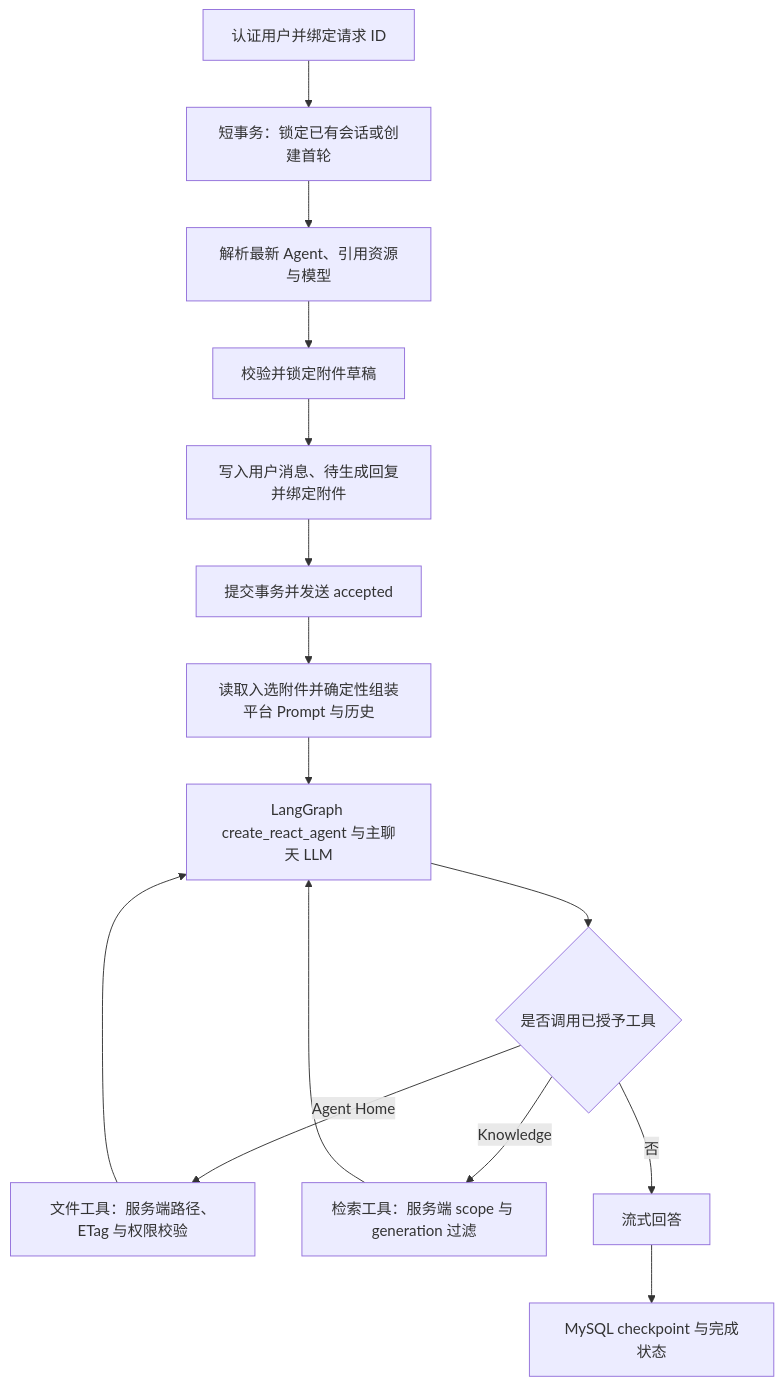
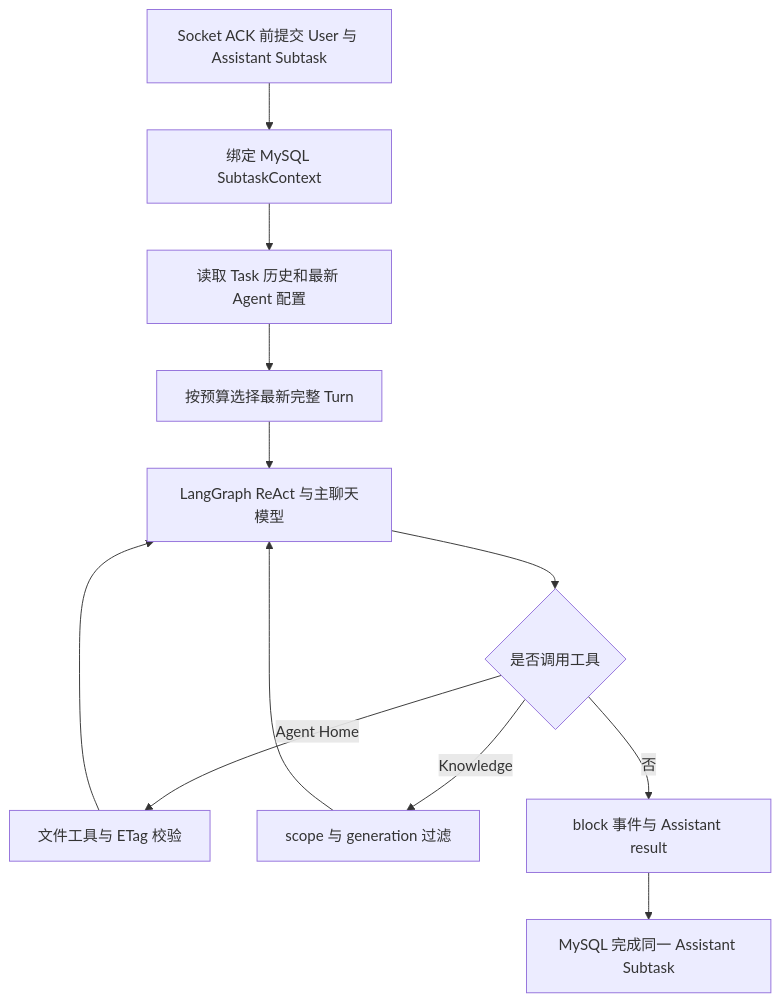
One commit to wxcfox/auto-reign changed the diagram in docs/workbench-architecture.md. Above: the diagram before and after it, drawn with Mermaid. The commit also changed other lines of this file and 171 other files, not shown here.

Commit message:
feat: migrate chat to task subtask websocket runtime

````diff
--- a/docs/workbench-architecture.md
+++ b/docs/workbench-architecture.md
@@ -60,17 +86,14 @@
 ```mermaid
 flowchart TD
-    A[认证用户并绑定请求 ID] --> B[短事务：锁定已有会话或创建首轮]
-    B --> C[解析最新 Agent、引用资源与模型]
-    C --> D[校验并锁定附件草稿]
-    D --> E[写入用户消息、待生成回复并绑定附件]
-    E --> F[提交事务并发送 accepted]
-    F --> G[读取入选附件并确定性组装平台 Prompt 与历史]
-    G --> H[LangGraph create_react_agent 与主聊天 LLM]
-    H --> I{是否调用已授予工具}
-    I -->|Agent Home| J[文件工具：服务端路径、ETag 与权限校验]
-    I -->|Knowledge| K[检索工具：服务端 scope 与 generation 过滤]
-    I -->|否| L[流式回答]
-    J --> H
-    K --> H
-    L --> M[MySQL checkpoint 与完成状态]
+    A["Socket ACK 前提交 User 与 Assistant Subtask"] --> B["绑定 MySQL SubtaskContext"]
+    B --> C["读取 Task 历史和最新 Agent 配置"]
+    C --> D["按预算选择最新完整 Turn"]
+    D --> E["LangGraph ReAct 与主聊天模型"]
+    E --> F{"是否调用工具"}
+    F -->|"Agent Home"| G["文件工具与 ETag 校验"]
+    F -->|"Knowledge"| H["scope 与 generation 过滤"]
+    F -->|"否"| I["block 事件与 Assistant result"]
+    G --> E
+    H --> E
+    I --> J["MySQL 完成同一 Assistant Subtask"]
 ```
````
